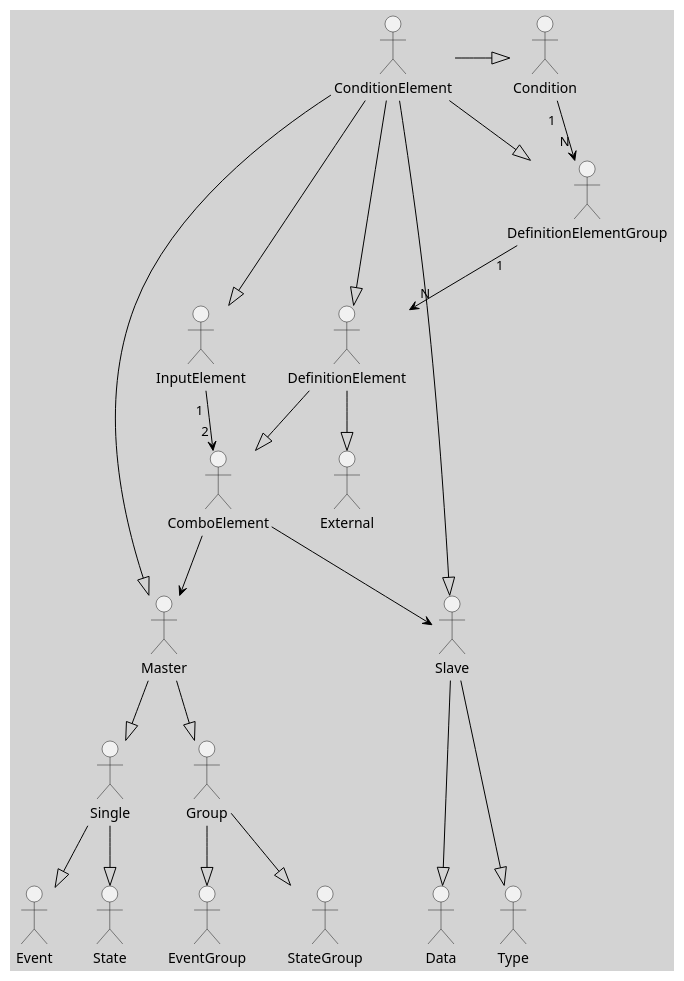
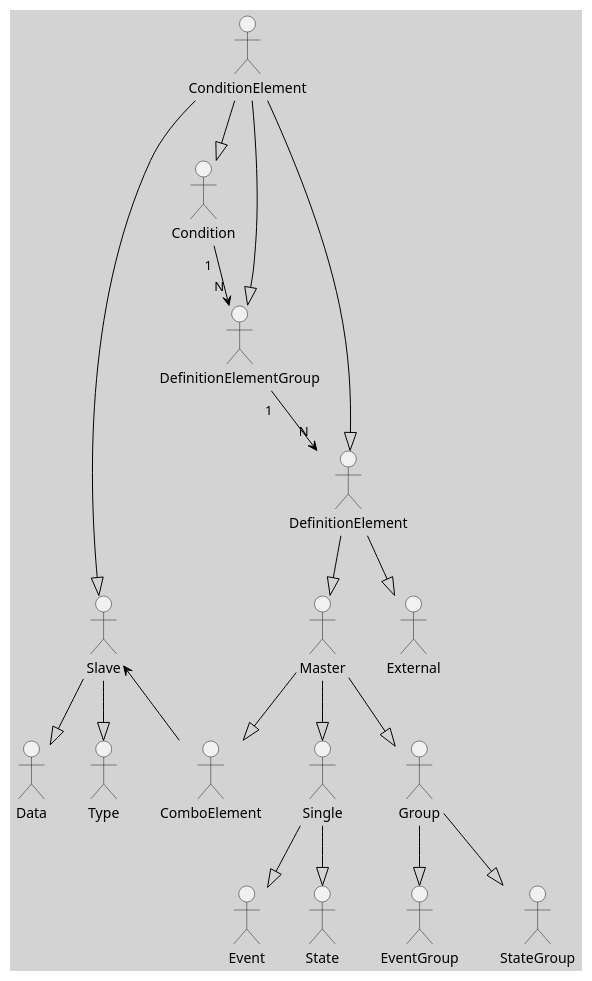
The diagram in core/src/main/kotlin/dev/zieger/utils/statemachine/conditionelements/Condition.puml (SaschaZ/utils), drawn with PlantUML before and after one commit. The commit also changed 35 other files, not shown here.

```diff
--- a/core/src/main/kotlin/dev/zieger/utils/statemachine/conditionelements/Condition.puml
+++ b/core/src/main/kotlin/dev/zieger/utils/statemachine/conditionelements/Condition.puml
@@ -1,53 +1,49 @@
 @startuml
 
 skinparam roundCorner 10
 skinparam padding 3
 skinparam backgroundcolor lightgray
 skinparam arrowcolor black
 skinparam Class {
     BorderColor black
     BorderThickness 1
     BackgroundColor gray
     BackgroundColor<<result>> green
     FontColor white
     FontStyle bold
 }
 skinparam Shadowing false
 hide members
 hide circle
 hide stereotype
 
 Event <<result>>
 State <<result>>
 
-ConditionElement -|> Condition
-ConditionElement --|> DefinitionElementGroup
-ConditionElement --|> InputElement
-ConditionElement --|> Master
-ConditionElement --|> Slave
-ConditionElement --|> DefinitionElement
+ConditionElement -d-|> Condition
+ConditionElement --d-|> DefinitionElementGroup
+ConditionElement ---d--|> Slave
+ConditionElement ---d-|> DefinitionElement
 
-DefinitionElement --|> ComboElement
+Condition "1" -> "N" DefinitionElementGroup
+DefinitionElementGroup "1" -> "N" DefinitionElement
+
+DefinitionElement --|> Master
 DefinitionElement --|> External
-
-Condition "1" --> "N" DefinitionElementGroup
-DefinitionElementGroup "1" --> "N" DefinitionElement
 
 Master --|> Single
 Master --|> Group
 
 Single --|> Event
 Single --|> State
 
 Group --|> EventGroup
 Group --|> StateGroup
 
-Slave ---|> Data
-Slave ---|> Type
+Slave --|> Data
+Slave --|> Type
 
-ComboElement --> Master
-ComboElement --> Slave
+Master --|> ComboElement
+ComboElement -u-> Slave
 
-InputElement "1" --> "2" ComboElement
-
-@enduml
+@endumlb
```
